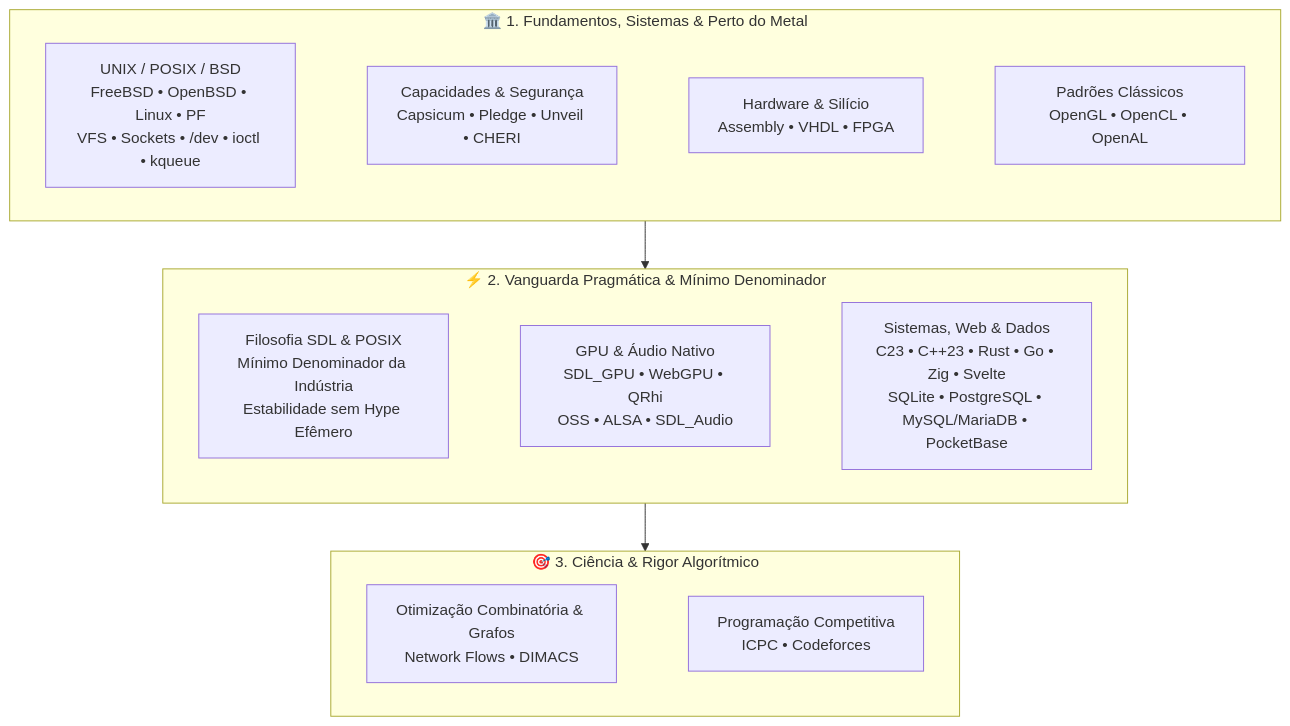
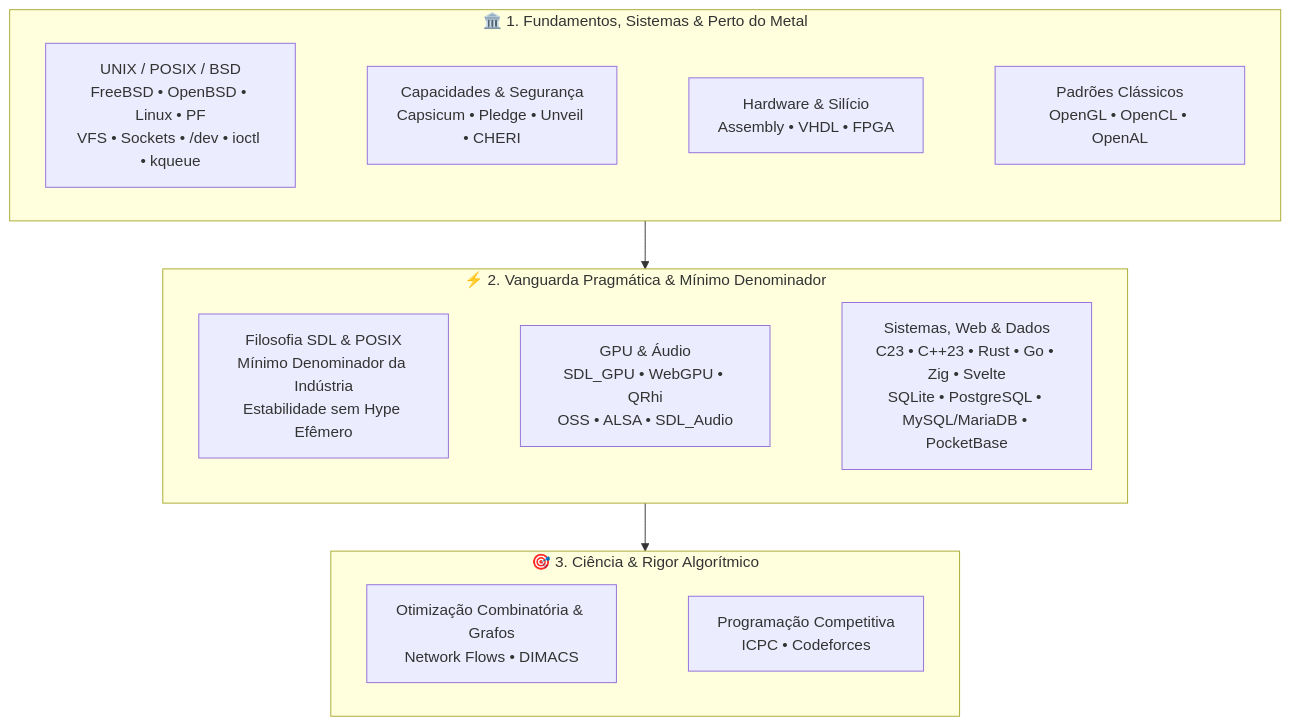
Before and after one commit to GabrielFrigo4/GabrielFrigo4: the diagram in README.md, drawn with Mermaid.

Commit message:
Update GPU and Audio description in README

````diff
--- a/README.md
+++ b/README.md
@@ -16,28 +16,28 @@
 ```mermaid
 flowchart TD
     subgraph S1 ["🏛️ 1. Fundamentos, Sistemas & Perto do Metal"]
         direction LR
         UNIX["UNIX / POSIX / BSD<br/>FreeBSD • OpenBSD • Linux • PF<br/>VFS • Sockets • /dev • ioctl • kqueue"]
         SEC["Capacidades & Segurança<br/>Capsicum • Pledge • Unveil • CHERI"]
         HW["Hardware & Silício<br/>Assembly • VHDL • FPGA"]
         HIST["Padrões Clássicos<br/>OpenGL • OpenCL • OpenAL"]
         UNIX ~~~ SEC ~~~ HW ~~~ HIST
     end
 
     subgraph S2 ["⚡ 2. Vanguarda Pragmática & Mínimo Denominador"]
         direction LR
         SDL_PHIL["Filosofia SDL & POSIX<br/>Mínimo Denominador da Indústria<br/>Estabilidade sem Hype Efêmero"]
-        MOD_GPU["GPU & Áudio Nativo<br/>SDL_GPU • WebGPU • QRhi<br/>OSS • ALSA • SDL_Audio"]
+        MOD_GPU["GPU & Áudio<br/>SDL_GPU • WebGPU • QRhi<br/>OSS • ALSA • SDL_Audio"]
         SYS_PRAG["Sistemas, Web & Dados<br/>C23 • C++23 • Rust • Go • Zig • Svelte<br/>SQLite • PostgreSQL • MySQL/MariaDB • PocketBase"]
         SDL_PHIL ~~~ MOD_GPU ~~~ SYS_PRAG
     end
 
     subgraph S3 ["🎯 3. Ciência & Rigor Algorítmico"]
         direction LR
         OPT["Otimização Combinatória & Grafos<br/>Network Flows • DIMACS"]
         CP["Programação Competitiva<br/>ICPC • Codeforces"]
         OPT ~~~ CP
     end
 
     S1 --> S2 --> S3
 ```
````
